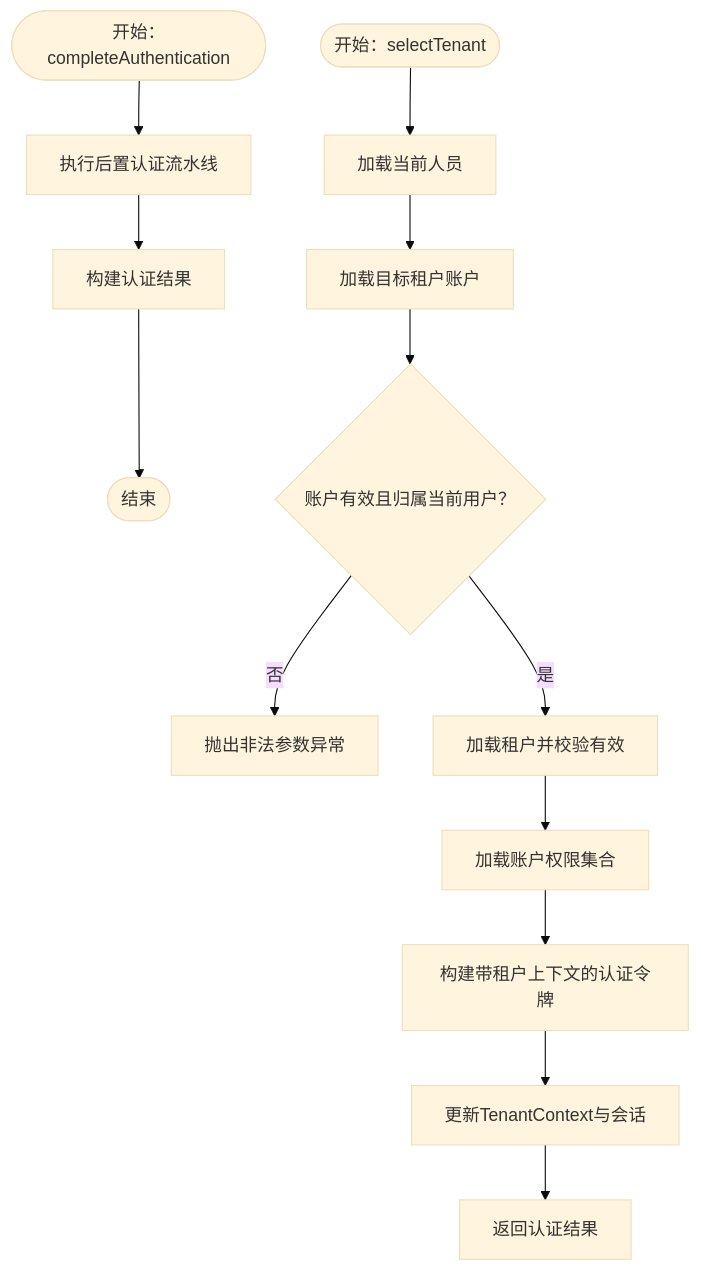
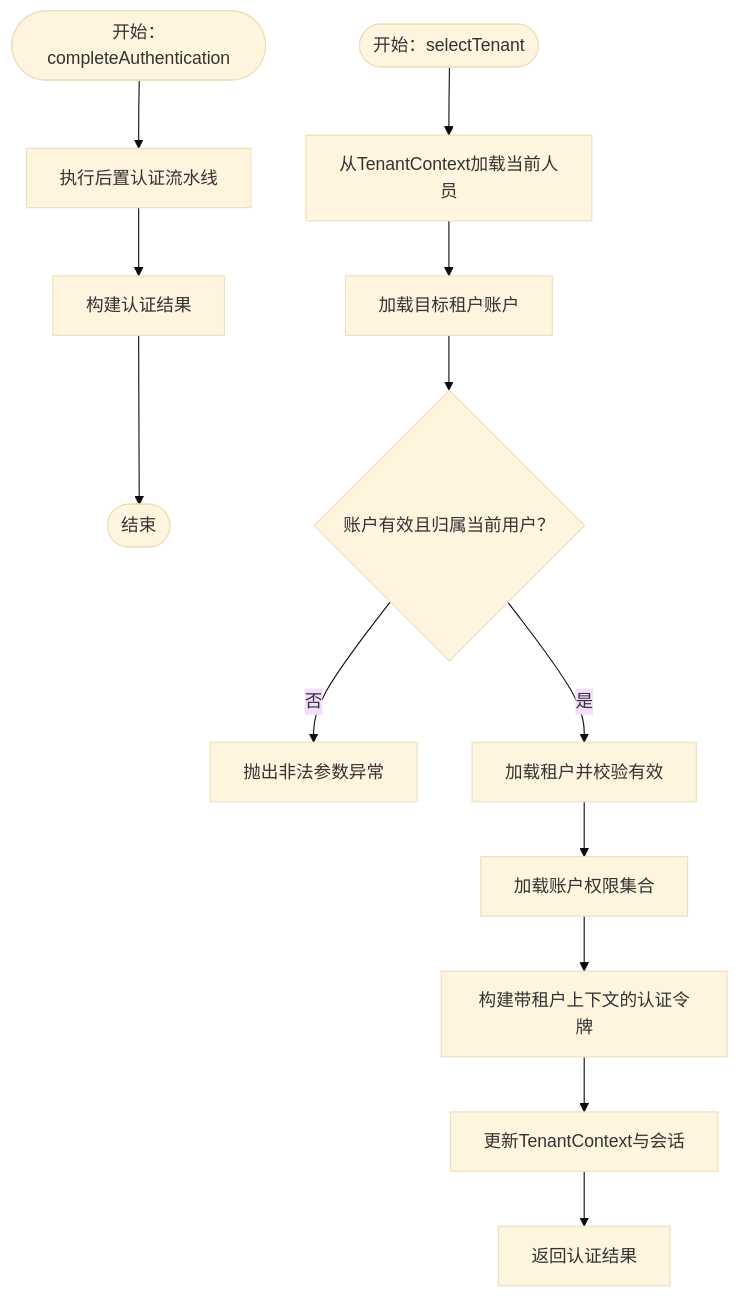
Before and after one commit to fq0121104930716/iam-platform: the third of 16 diagrams in .qoder/repowiki/zh/content/项目概述/项目结构/认证服务器 (iam-auth-server)/认证应用服务.md, drawn with Mermaid (base theme). The commit also changed other lines of this file and 13 other files, not shown here.

````diff
--- a/.qoder/repowiki/zh/content/项目概述/项目结构/认证服务器 (iam-auth-server)/认证应用服务.md
+++ b/.qoder/repowiki/zh/content/项目概述/项目结构/认证服务器 (iam-auth-server)/认证应用服务.md
@@ -208,15 +205,15 @@
 ```mermaid
 flowchart TD
 Start(["开始：completeAuthentication"]) --> RunPipeline["执行后置认证流水线"]
 RunPipeline --> BuildResult["构建认证结果"]
 BuildResult --> End(["结束"])
-SelStart(["开始：selectTenant"]) --> LoadPerson["加载当前人员"]
+SelStart(["开始：selectTenant"]) --> LoadPerson["从TenantContext加载当前人员"]
 LoadPerson --> LoadAccount["加载目标租户账户"]
 LoadAccount --> ValidateAccount{"账户有效且归属当前用户？"}
 ValidateAccount --> |否| Error["抛出非法参数异常"]
 ValidateAccount --> |是| LoadTenant["加载租户并校验有效"]
 LoadTenant --> LoadPerms["加载账户权限集合"]
 LoadPerms --> BuildToken["构建带租户上下文的认证令牌"]
 BuildToken --> UpdateCtx["更新TenantContext与会话"]
 UpdateCtx --> ReturnSel["返回认证结果"]
 ```
````
